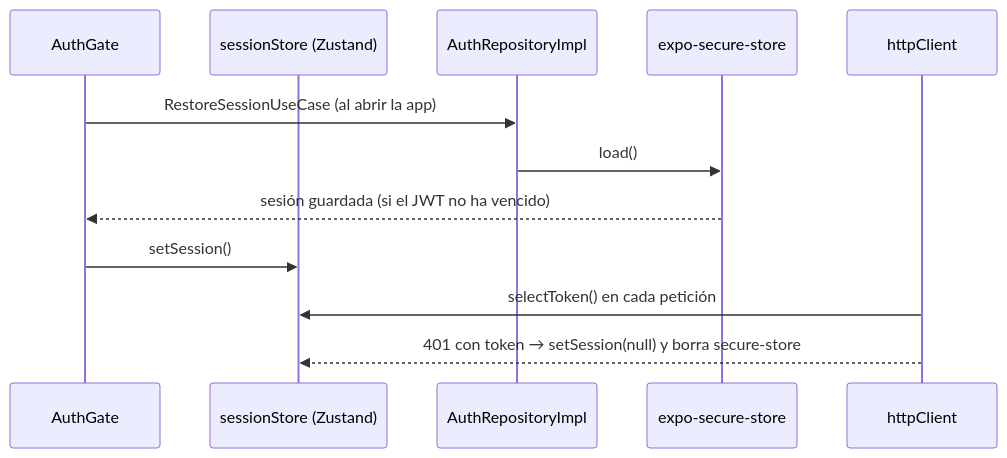
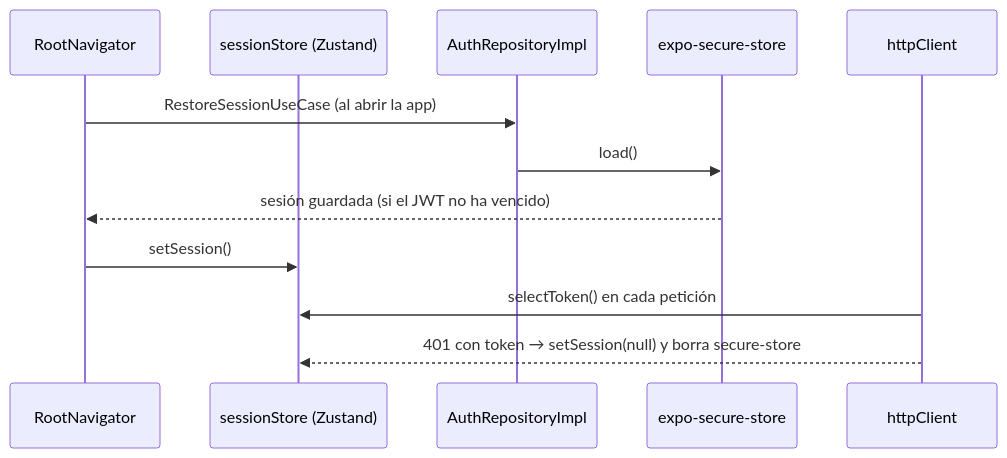
The second of 2 diagrams in docs/architecture.md (IJ-Studio/restaurant-management-mobile), drawn with Mermaid before and after one commit. The commit also changed other lines of this file and 14 other files, not shown here.

````diff
--- a/docs/architecture.md
+++ b/docs/architecture.md
@@ -80,14 +81,14 @@
 ```mermaid
 sequenceDiagram
-    participant App as AuthGate
+    participant App as RootNavigator
     participant Store as sessionStore (Zustand)
     participant Repo as AuthRepositoryImpl
     participant SS as expo-secure-store
     participant HC as httpClient
     App->>Repo: RestoreSessionUseCase (al abrir la app)
     Repo->>SS: load()
     SS-->>App: sesión guardada (si el JWT no ha vencido)
     App->>Store: setSession()
     HC->>Store: selectToken() en cada petición
     HC-->>Store: 401 con token → setSession(null) y borra secure-store
 ```
````
